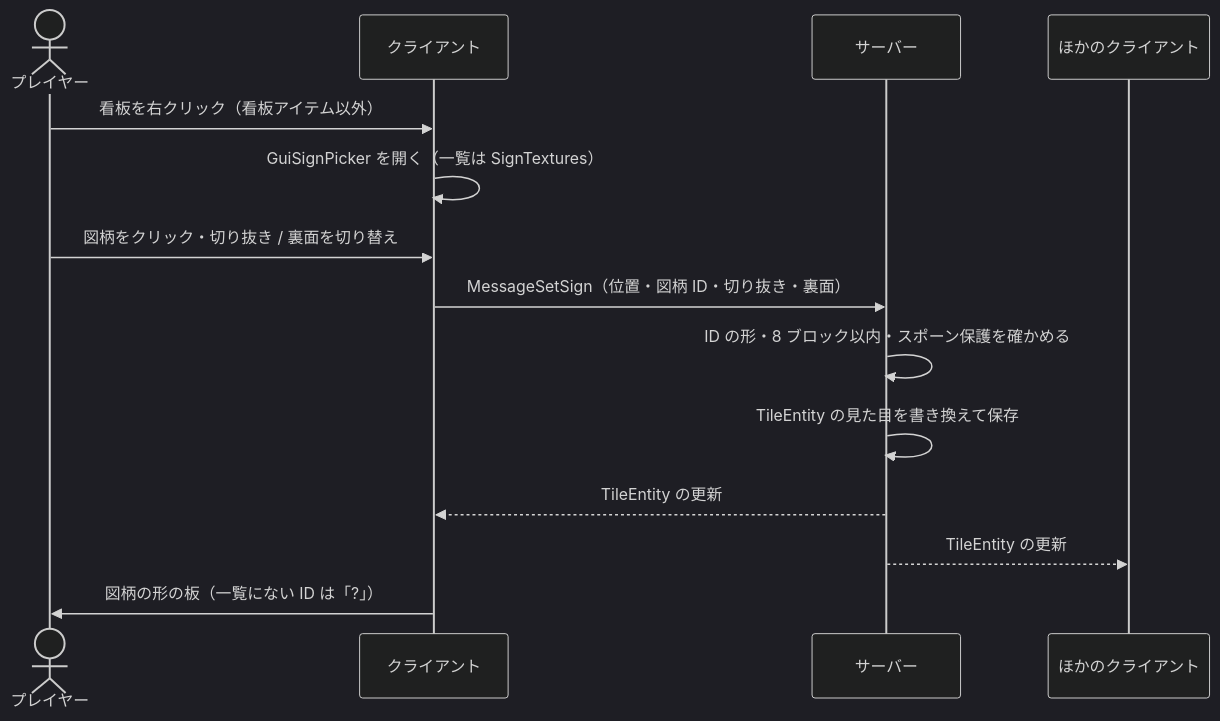
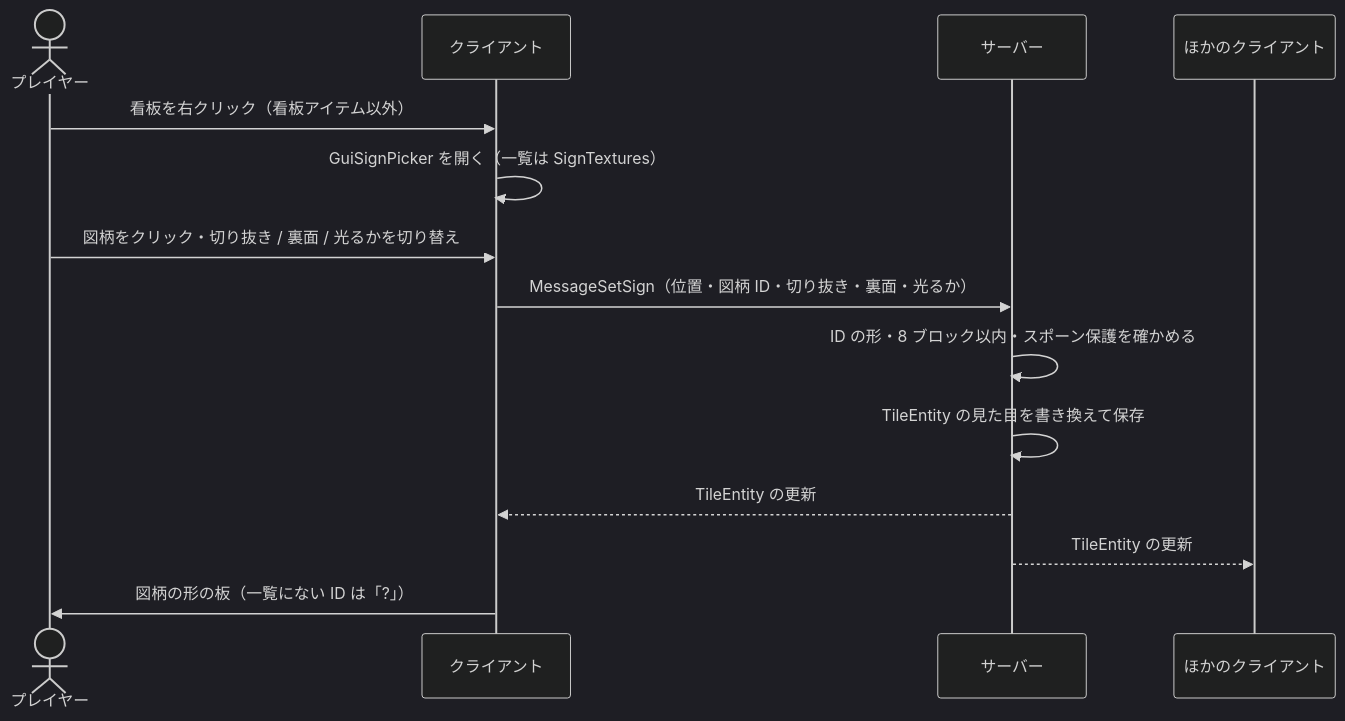
The second of 2 diagrams in doc/architecture.md (zeusisgood/safetysigns), drawn with Mermaid (dark theme) before and after one commit. The commit also changed other lines of this file and 21 other files, not shown here.

````diff
--- a/doc/architecture.md
+++ b/doc/architecture.md
@@ -79,16 +79,16 @@
 ```mermaid
 sequenceDiagram
     actor P as プレイヤー
     participant C as クライアント
     participant S as サーバー
     participant O as ほかのクライアント
     P->>C: 看板を右クリック（看板アイテム以外）
     C->>C: GuiSignPicker を開く（一覧は SignTextures）
-    P->>C: 図柄をクリック・切り抜き / 裏面を切り替え
-    C->>S: MessageSetSign（位置・図柄 ID・切り抜き・裏面）
+    P->>C: 図柄をクリック・切り抜き / 裏面 / 光るかを切り替え
+    C->>S: MessageSetSign（位置・図柄 ID・切り抜き・裏面・光るか）
     S->>S: ID の形・8 ブロック以内・スポーン保護を確かめる
     S->>S: TileEntity の見た目を書き換えて保存
     S-->>C: TileEntity の更新
     S-->>O: TileEntity の更新
     C->>P: 図柄の形の板（一覧にない ID は「?」）
 ```
````
